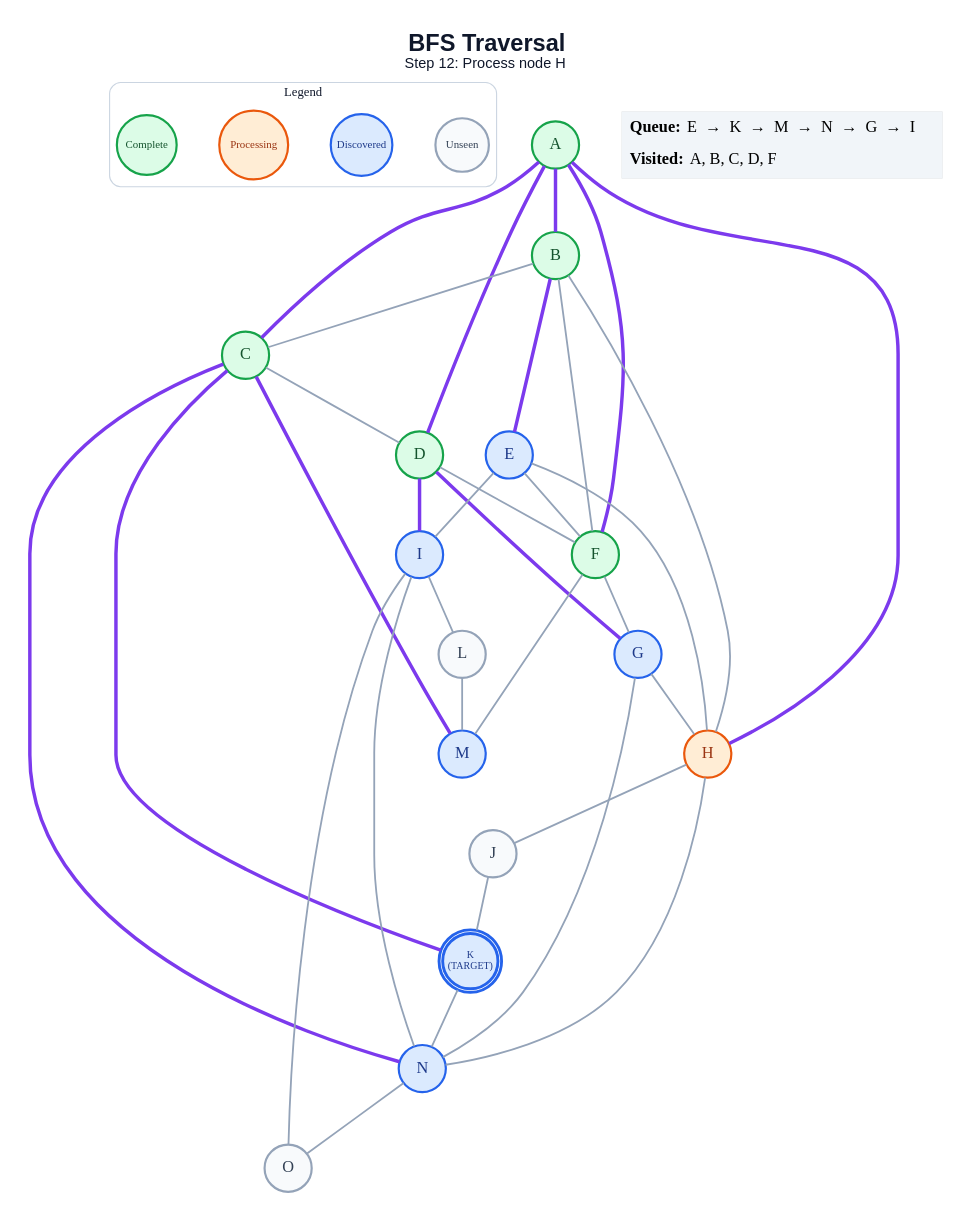
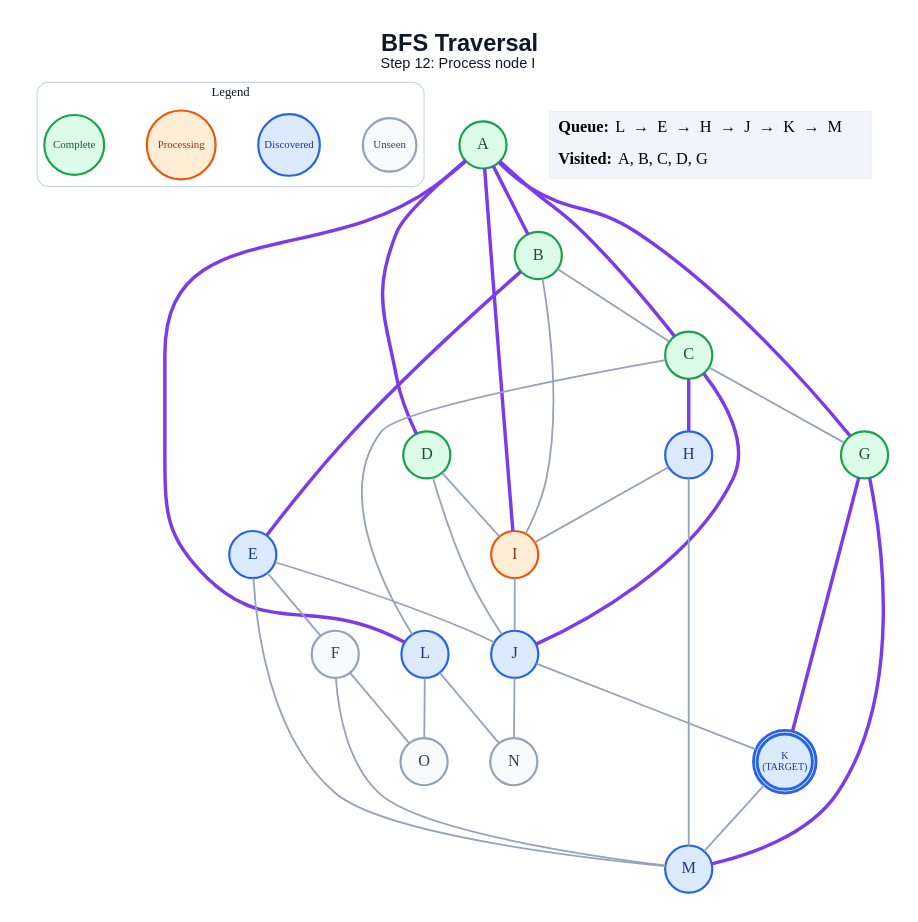
Before and after one commit to anon7238593-create/ai-slop: the diagram in generated/bfs/step_12.dot, drawn with Graphviz. The commit also changed 236 other files, not shown here.

```diff
--- a/generated/bfs/step_12.dot
+++ b/generated/bfs/step_12.dot
@@ -1,66 +1,64 @@
 graph traversal {
   graph [layout=dot, rankdir=TB, bgcolor="#FFFFFF", pad="0.35", nodesep="0.65", ranksep="0.8", fontname="Arial"];
   node [shape=circle, style="filled", fontname="Arial Bold", fontsize=18, width=0.72, fixedsize=true, penwidth=2.4];
   edge [color="#94A3B8", penwidth=2.0];
-  label=<<B>BFS Traversal</B><BR/><FONT POINT-SIZE="16">Step 12: Process node H</FONT>>; labelloc="t"; fontsize=26; fontname="Arial"; fontcolor="#0F172A";
+  label=<<B>BFS Traversal</B><BR/><FONT POINT-SIZE="16">Step 12: Process node I</FONT>>; labelloc="t"; fontsize=26; fontname="Arial"; fontcolor="#0F172A";
   subgraph cluster_legend { label="Legend"; color="#CBD5E1"; penwidth=1.2; style="rounded"; fontsize=14; fontname="Arial Bold";
     key_unseen [label="Unseen", fillcolor="#F8FAFC", color="#94A3B8", fontcolor="#334155", fontsize=12, width=0.82];
     key_frontier [label="Discovered", fillcolor="#DBEAFE", color="#2563EB", fontcolor="#1E3A8A", fontsize=12, width=0.95];
     key_current [label="Processing", fillcolor="#FFEDD5", color="#EA580C", fontcolor="#9A3412", fontsize=12, width=1.05];
     key_done [label="Complete", fillcolor="#DCFCE7", color="#16A34A", fontcolor="#14532D", fontsize=12, width=0.92];
     { rank=same; key_unseen; key_frontier; key_current; key_done; }
   }
   A [label="A", fillcolor="#DCFCE7", color="#16A34A", fontcolor="#14532D", peripheries=1, penwidth=2.4];
   B [label="B", fillcolor="#DCFCE7", color="#16A34A", fontcolor="#14532D", peripheries=1, penwidth=2.4];
   C [label="C", fillcolor="#DCFCE7", color="#16A34A", fontcolor="#14532D", peripheries=1, penwidth=2.4];
   D [label="D", fillcolor="#DCFCE7", color="#16A34A", fontcolor="#14532D", peripheries=1, penwidth=2.4];
   E [label="E", fillcolor="#DBEAFE", color="#2563EB", fontcolor="#1E3A8A", peripheries=1, penwidth=2.4];
-  F [label="F", fillcolor="#DCFCE7", color="#16A34A", fontcolor="#14532D", peripheries=1, penwidth=2.4];
-  G [label="G", fillcolor="#DBEAFE", color="#2563EB", fontcolor="#1E3A8A", peripheries=1, penwidth=2.4];
-  H [label="H", fillcolor="#FFEDD5", color="#EA580C", fontcolor="#9A3412", peripheries=1, penwidth=2.4];
-  I [label="I", fillcolor="#DBEAFE", color="#2563EB", fontcolor="#1E3A8A", peripheries=1, penwidth=2.4];
-  J [label="J", fillcolor="#F8FAFC", color="#94A3B8", fontcolor="#334155", peripheries=1, penwidth=2.4];
+  F [label="F", fillcolor="#F8FAFC", color="#94A3B8", fontcolor="#334155", peripheries=1, penwidth=2.4];
+  G [label="G", fillcolor="#DCFCE7", color="#16A34A", fontcolor="#14532D", peripheries=1, penwidth=2.4];
+  H [label="H", fillcolor="#DBEAFE", color="#2563EB", fontcolor="#1E3A8A", peripheries=1, penwidth=2.4];
+  I [label="I", fillcolor="#FFEDD5", color="#EA580C", fontcolor="#9A3412", peripheries=1, penwidth=2.4];
+  J [label="J", fillcolor="#DBEAFE", color="#2563EB", fontcolor="#1E3A8A", peripheries=1, penwidth=2.4];
   K [label="K\n(TARGET)", fillcolor="#DBEAFE", color="#2563EB", fontcolor="#1E3A8A", peripheries=2, penwidth=3.2, fontsize=11, width=0.85, height=0.85];
-  L [label="L", fillcolor="#F8FAFC", color="#94A3B8", fontcolor="#334155", peripheries=1, penwidth=2.4];
+  L [label="L", fillcolor="#DBEAFE", color="#2563EB", fontcolor="#1E3A8A", peripheries=1, penwidth=2.4];
   M [label="M", fillcolor="#DBEAFE", color="#2563EB", fontcolor="#1E3A8A", peripheries=1, penwidth=2.4];
-  N [label="N", fillcolor="#DBEAFE", color="#2563EB", fontcolor="#1E3A8A", peripheries=1, penwidth=2.4];
+  N [label="N", fillcolor="#F8FAFC", color="#94A3B8", fontcolor="#334155", peripheries=1, penwidth=2.4];
   O [label="O", fillcolor="#F8FAFC", color="#94A3B8", fontcolor="#334155", peripheries=1, penwidth=2.4];
   A -- B [color="#7C3AED", penwidth=3.8];
   A -- C [color="#7C3AED", penwidth=3.8];
   A -- D [color="#7C3AED", penwidth=3.8];
-  A -- F [color="#7C3AED", penwidth=3.8];
-  A -- H [color="#7C3AED", penwidth=3.8];
+  A -- G [color="#7C3AED", penwidth=3.8];
+  A -- I [color="#7C3AED", penwidth=3.8];
+  A -- L [color="#7C3AED", penwidth=3.8];
   B -- C;
   B -- E [color="#7C3AED", penwidth=3.8];
-  B -- F;
-  B -- H;
-  C -- D;
-  C -- K [color="#7C3AED", penwidth=3.8];
-  C -- M [color="#7C3AED", penwidth=3.8];
-  C -- N [color="#7C3AED", penwidth=3.8];
-  D -- F;
-  D -- G [color="#7C3AED", penwidth=3.8];
-  D -- I [color="#7C3AED", penwidth=3.8];
+  B -- I;
+  C -- G;
+  C -- H [color="#7C3AED", penwidth=3.8];
+  C -- J [color="#7C3AED", penwidth=3.8];
+  C -- L;
+  D -- I;
+  D -- J;
   E -- F;
-  E -- H;
-  E -- I;
-  F -- G;
+  E -- J;
+  E -- M;
   F -- M;
-  G -- H;
-  G -- N;
-  H -- J;
-  H -- N;
-  I -- L;
-  I -- N;
-  I -- O;
+  F -- O;
+  G -- K [color="#7C3AED", penwidth=3.8];
+  G -- M [color="#7C3AED", penwidth=3.8];
+  H -- I;
+  H -- M;
+  I -- J;
   J -- K;
-  K -- N;
-  L -- M;
-  N -- O;
+  J -- N;
+  K -- M;
+  L -- N;
+  L -- O;
   status [shape=plain, fixedsize=false, width=0, height=0, margin=0, label=<
     <TABLE BORDER="0" CELLBORDER="0" CELLPADDING="7" BGCOLOR="#F1F5F9">
-      <TR><TD ALIGN="LEFT"><B>Queue:</B> E  →  K  →  M  →  N  →  G  →  I</TD></TR>
-      <TR><TD ALIGN="LEFT"><B>Visited:</B> A, B, C, D, F</TD></TR>
+      <TR><TD ALIGN="LEFT"><B>Queue:</B> L  →  E  →  H  →  J  →  K  →  M</TD></TR>
+      <TR><TD ALIGN="LEFT"><B>Visited:</B> A, B, C, D, G</TD></TR>
     </TABLE>
   >];
 }
```
